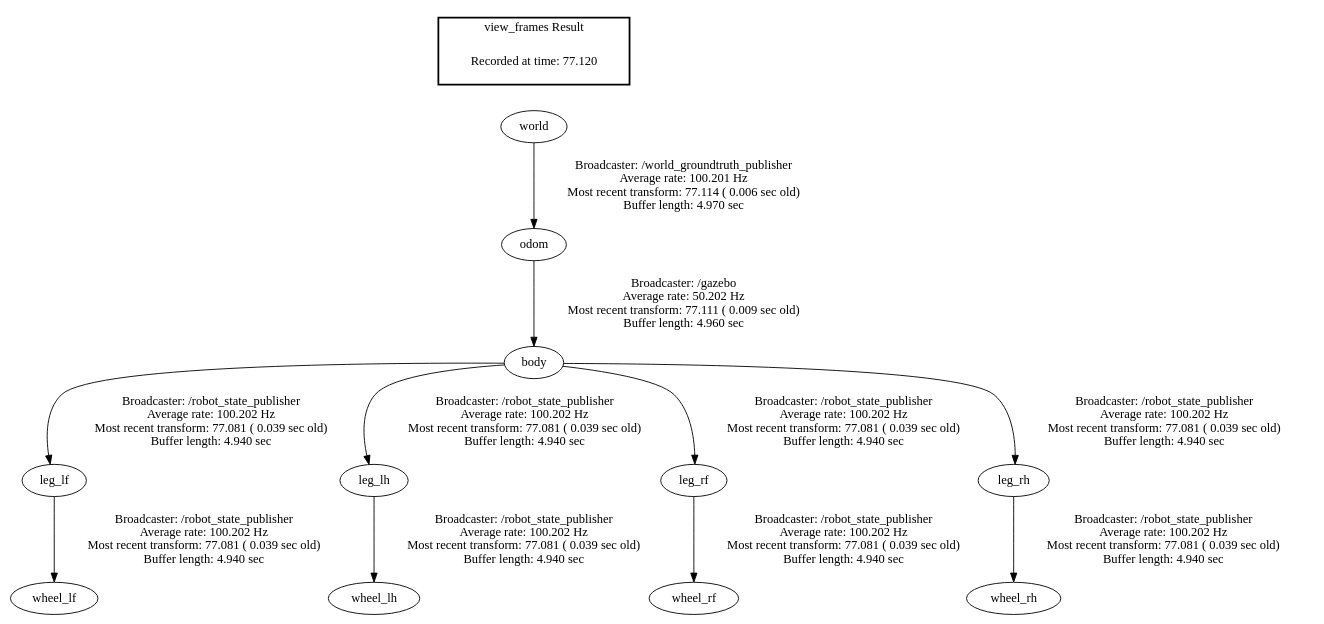
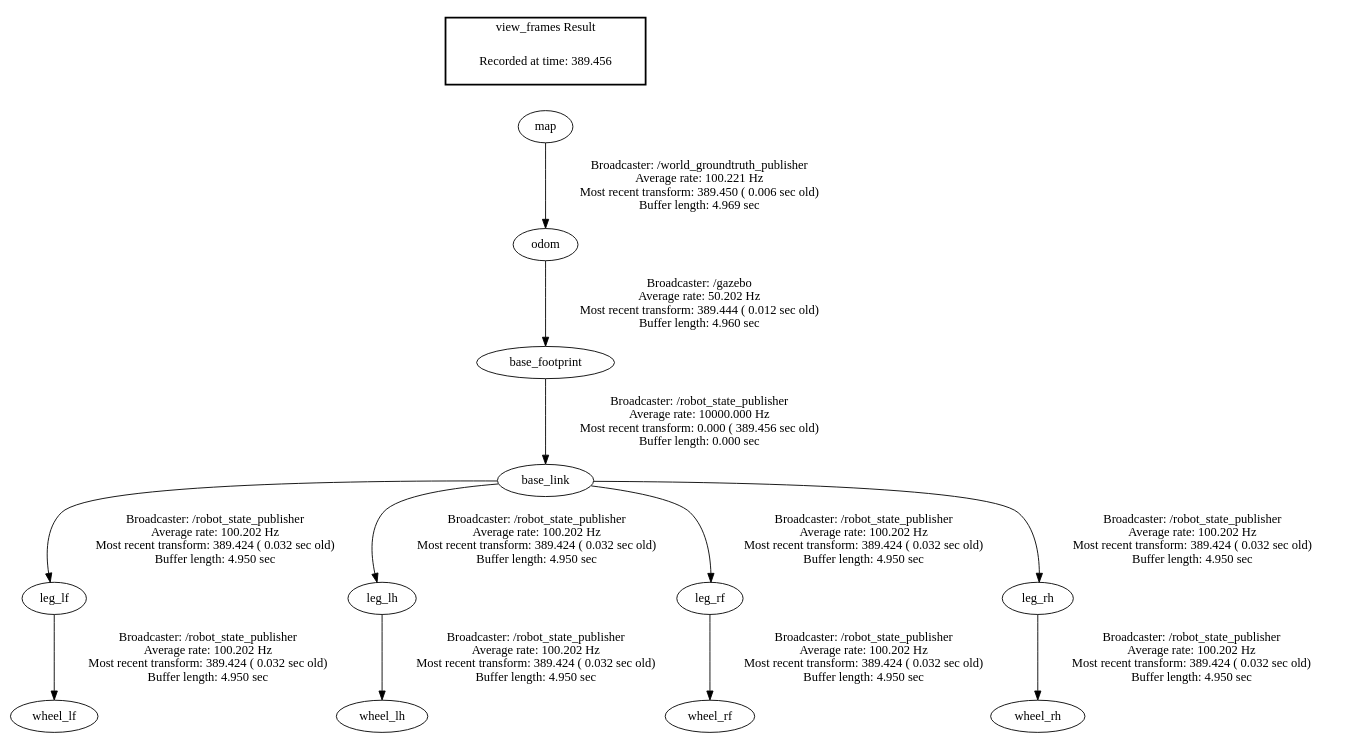
Before and after one commit to boisestate-vip/bender-ros: the diagram in rosinfo/frames.gv, drawn with Graphviz. The commit also changed 16 other files, not shown here.

```diff
--- a/rosinfo/frames.gv
+++ b/rosinfo/frames.gv
@@ -1,16 +1,17 @@
 digraph G {
-"body" -> "leg_lf"[label="Broadcaster: /robot_state_publisher\nAverage rate: 100.202 Hz\nMost recent transform: 77.081 ( 0.039 sec old)\nBuffer length: 4.940 sec\n"];
-"odom" -> "body"[label="Broadcaster: /gazebo\nAverage rate: 50.202 Hz\nMost recent transform: 77.111 ( 0.009 sec old)\nBuffer length: 4.960 sec\n"];
-"body" -> "leg_lh"[label="Broadcaster: /robot_state_publisher\nAverage rate: 100.202 Hz\nMost recent transform: 77.081 ( 0.039 sec old)\nBuffer length: 4.940 sec\n"];
-"body" -> "leg_rf"[label="Broadcaster: /robot_state_publisher\nAverage rate: 100.202 Hz\nMost recent transform: 77.081 ( 0.039 sec old)\nBuffer length: 4.940 sec\n"];
-"body" -> "leg_rh"[label="Broadcaster: /robot_state_publisher\nAverage rate: 100.202 Hz\nMost recent transform: 77.081 ( 0.039 sec old)\nBuffer length: 4.940 sec\n"];
-"leg_lf" -> "wheel_lf"[label="Broadcaster: /robot_state_publisher\nAverage rate: 100.202 Hz\nMost recent transform: 77.081 ( 0.039 sec old)\nBuffer length: 4.940 sec\n"];
-"leg_lh" -> "wheel_lh"[label="Broadcaster: /robot_state_publisher\nAverage rate: 100.202 Hz\nMost recent transform: 77.081 ( 0.039 sec old)\nBuffer length: 4.940 sec\n"];
-"leg_rf" -> "wheel_rf"[label="Broadcaster: /robot_state_publisher\nAverage rate: 100.202 Hz\nMost recent transform: 77.081 ( 0.039 sec old)\nBuffer length: 4.940 sec\n"];
-"leg_rh" -> "wheel_rh"[label="Broadcaster: /robot_state_publisher\nAverage rate: 100.202 Hz\nMost recent transform: 77.081 ( 0.039 sec old)\nBuffer length: 4.940 sec\n"];
-"world" -> "odom"[label="Broadcaster: /world_groundtruth_publisher\nAverage rate: 100.201 Hz\nMost recent transform: 77.114 ( 0.006 sec old)\nBuffer length: 4.970 sec\n"];
+"base_link" -> "leg_lf"[label="Broadcaster: /robot_state_publisher\nAverage rate: 100.202 Hz\nMost recent transform: 389.424 ( 0.032 sec old)\nBuffer length: 4.950 sec\n"];
+"base_footprint" -> "base_link"[label="Broadcaster: /robot_state_publisher\nAverage rate: 10000.000 Hz\nMost recent transform: 0.000 ( 389.456 sec old)\nBuffer length: 0.000 sec\n"];
+"base_link" -> "leg_lh"[label="Broadcaster: /robot_state_publisher\nAverage rate: 100.202 Hz\nMost recent transform: 389.424 ( 0.032 sec old)\nBuffer length: 4.950 sec\n"];
+"base_link" -> "leg_rf"[label="Broadcaster: /robot_state_publisher\nAverage rate: 100.202 Hz\nMost recent transform: 389.424 ( 0.032 sec old)\nBuffer length: 4.950 sec\n"];
+"base_link" -> "leg_rh"[label="Broadcaster: /robot_state_publisher\nAverage rate: 100.202 Hz\nMost recent transform: 389.424 ( 0.032 sec old)\nBuffer length: 4.950 sec\n"];
+"leg_lf" -> "wheel_lf"[label="Broadcaster: /robot_state_publisher\nAverage rate: 100.202 Hz\nMost recent transform: 389.424 ( 0.032 sec old)\nBuffer length: 4.950 sec\n"];
+"leg_lh" -> "wheel_lh"[label="Broadcaster: /robot_state_publisher\nAverage rate: 100.202 Hz\nMost recent transform: 389.424 ( 0.032 sec old)\nBuffer length: 4.950 sec\n"];
+"leg_rf" -> "wheel_rf"[label="Broadcaster: /robot_state_publisher\nAverage rate: 100.202 Hz\nMost recent transform: 389.424 ( 0.032 sec old)\nBuffer length: 4.950 sec\n"];
+"leg_rh" -> "wheel_rh"[label="Broadcaster: /robot_state_publisher\nAverage rate: 100.202 Hz\nMost recent transform: 389.424 ( 0.032 sec old)\nBuffer length: 4.950 sec\n"];
+"odom" -> "base_footprint"[label="Broadcaster: /gazebo\nAverage rate: 50.202 Hz\nMost recent transform: 389.444 ( 0.012 sec old)\nBuffer length: 4.960 sec\n"];
+"map" -> "odom"[label="Broadcaster: /world_groundtruth_publisher\nAverage rate: 100.221 Hz\nMost recent transform: 389.450 ( 0.006 sec old)\nBuffer length: 4.969 sec\n"];
 edge [style=invis];
  subgraph cluster_legend { style=bold; color=black; label ="view_frames Result";
-"Recorded at time: 77.120"[ shape=plaintext ] ;
- }->"world";
+"Recorded at time: 389.456"[ shape=plaintext ] ;
+ }->"map";
 }
```
